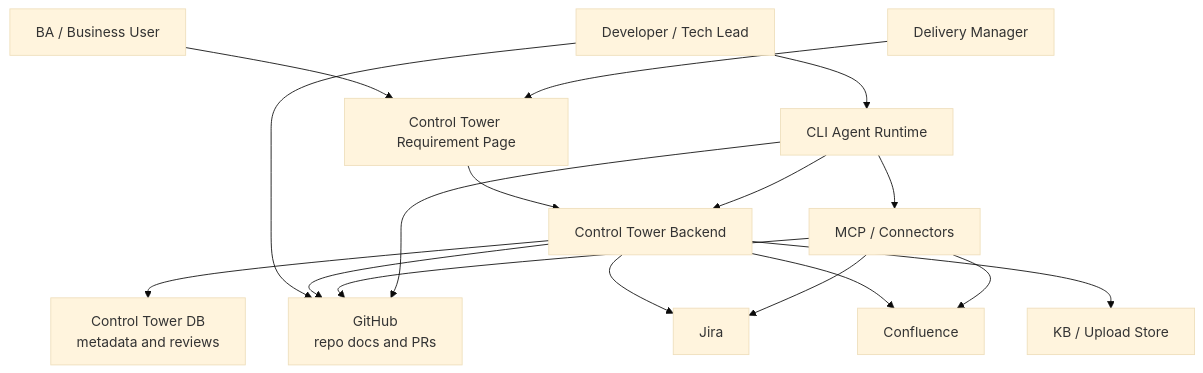
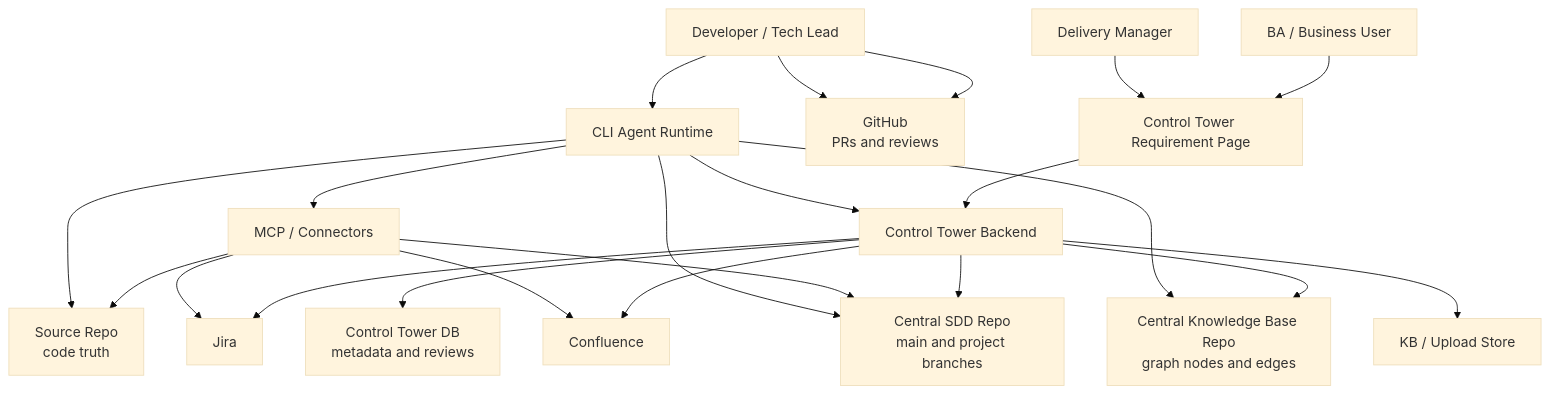
The first of 4 diagrams in docs/04-architecture/requirement-control-plane-architecture.md (wwa-lab/Agentic-SDLC-Control-Tower), drawn with Mermaid (base theme) before and after one commit. The commit also changed other lines of this file and 15 other files, not shown here.

````diff
--- a/docs/04-architecture/requirement-control-plane-architecture.md
+++ b/docs/04-architecture/requirement-control-plane-architecture.md
@@ -16,35 +18,43 @@
 ```mermaid
 graph TD
     BA["BA / Business User"]
     DEV["Developer / Tech Lead"]
     PM["Delivery Manager"]
 
     CT["Control Tower Requirement Page"]
     API["Control Tower Backend"]
     DB["Control Tower DB<br/>metadata and reviews"]
-    GH["GitHub<br/>repo docs and PRs"]
+    SRCREPO["Source Repo<br/>code truth"]
+    SDDREPO["Central SDD Repo<br/>main and project branches"]
+    KBREPO["Central Knowledge Base Repo<br/>graph nodes and edges"]
+    GH["GitHub<br/>PRs and reviews"]
     JIRA["Jira"]
     CONF["Confluence"]
     KB["KB / Upload Store"]
     AGENT["CLI Agent Runtime"]
     MCP["MCP / Connectors"]
 
     BA --> CT
     PM --> CT
     DEV --> GH
     DEV --> AGENT
 
     CT --> API
     API --> DB
-    API --> GH
+    API --> SDDREPO
+    API --> KBREPO
     API --> JIRA
     API --> CONF
     API --> KB
 
     AGENT --> MCP
     MCP --> JIRA
     MCP --> CONF
-    MCP --> GH
-    AGENT --> GH
+    MCP --> SRCREPO
+    MCP --> SDDREPO
+    AGENT --> SRCREPO
+    AGENT --> SDDREPO
+    AGENT --> KBREPO
+    DEV --> GH
     AGENT --> API
 ```
````
